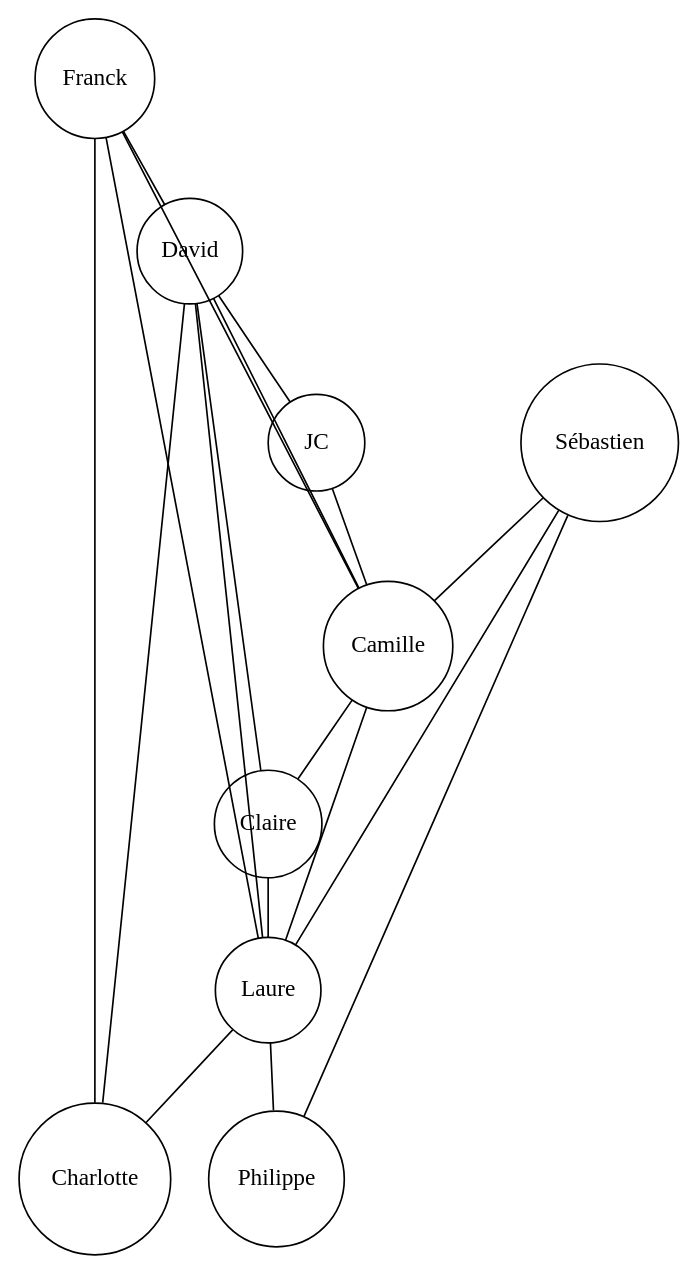
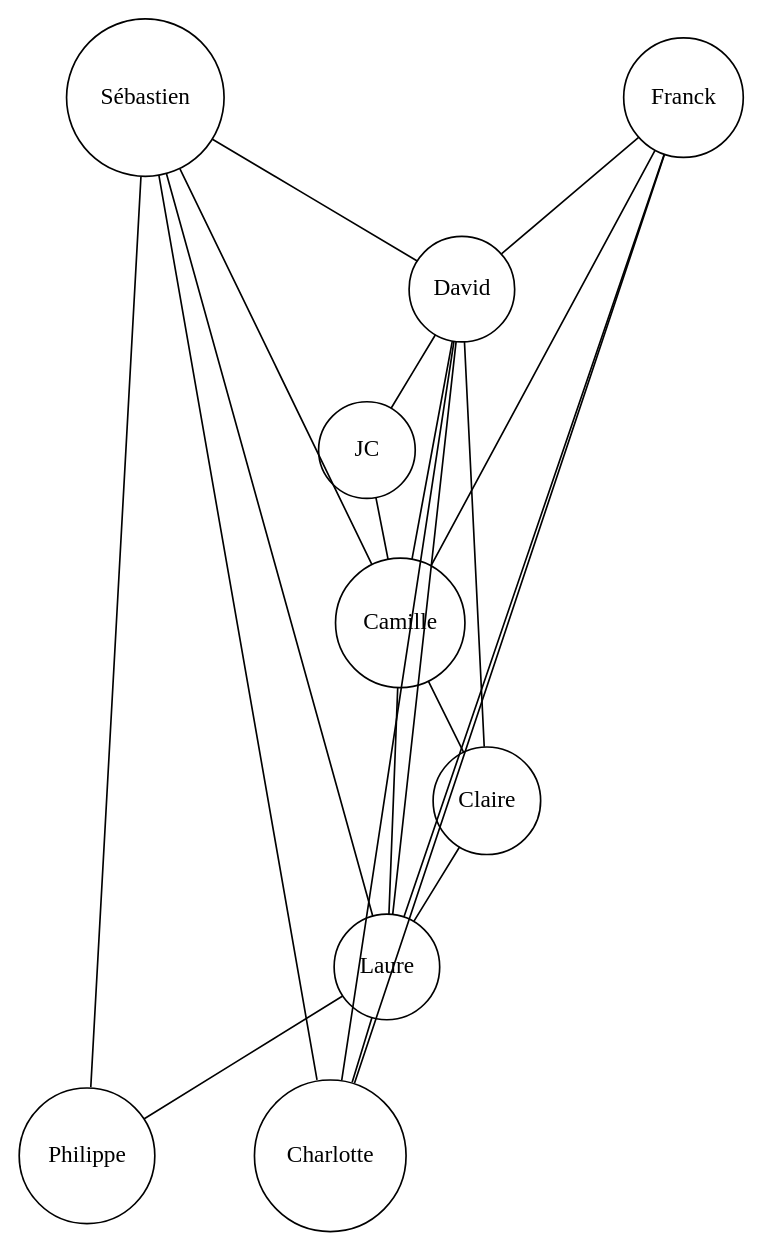
Before and after one commit to coti/interactions: the diagram in graphe.dot, drawn with Graphviz.

```diff
--- a/graphe.dot
+++ b/graphe.dot
@@ -1,25 +1,27 @@
  graph G {
  overlap=scale;
  node [shape=circle width=.8 ];
  edge [arrowhead=none];
  splines=false;
 
 Claire -- Laure;
 Laure -- Charlotte;
 David -- Laure;
 JC -- Camille;
 Camille -- Laure;
 David -- JC;
 Camille -- David;
 Camille -- Claire;
 David -- Charlotte;
 David -- Claire;
 Sébastien -- Laure;
 Sébastien -- Camille;
 Franck -- Laure;
 Franck -- Camille;
 Sébastien -- Philippe;
 Laure -- Philippe;
 Franck -- David;
 Franck -- Charlotte;
+Sébastien -- David;
+Sébastien -- Charlotte;
  }
```
